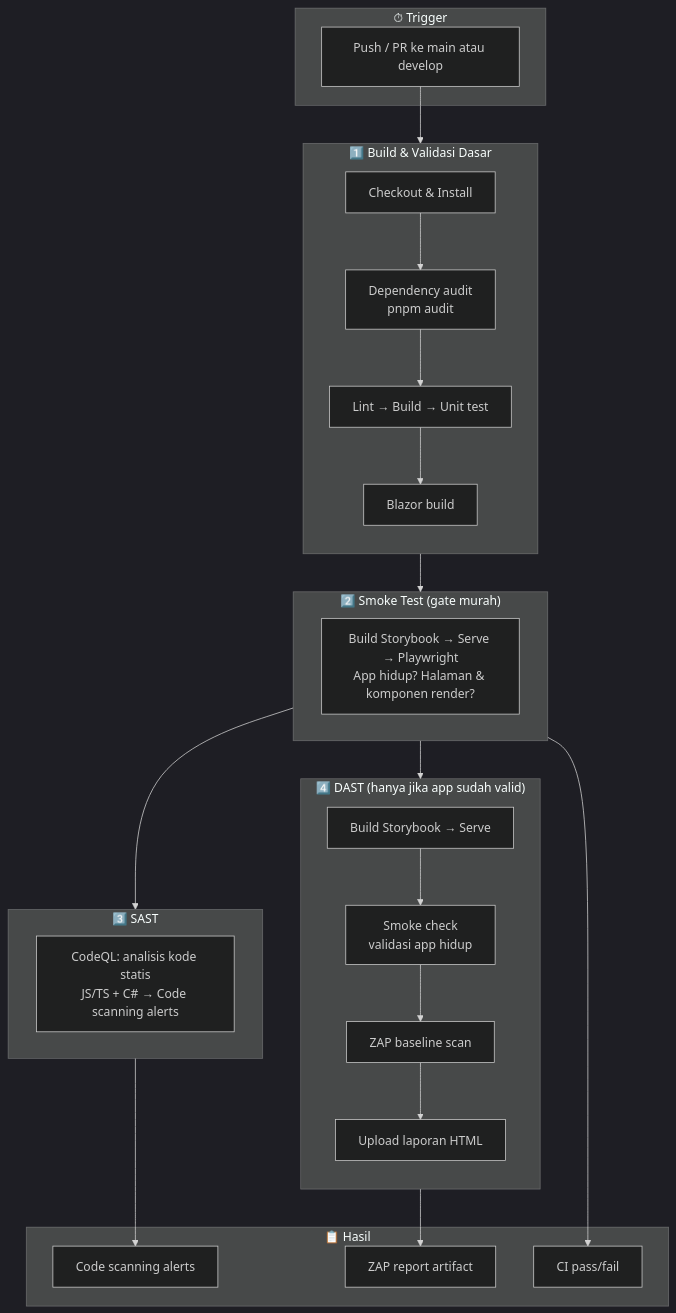
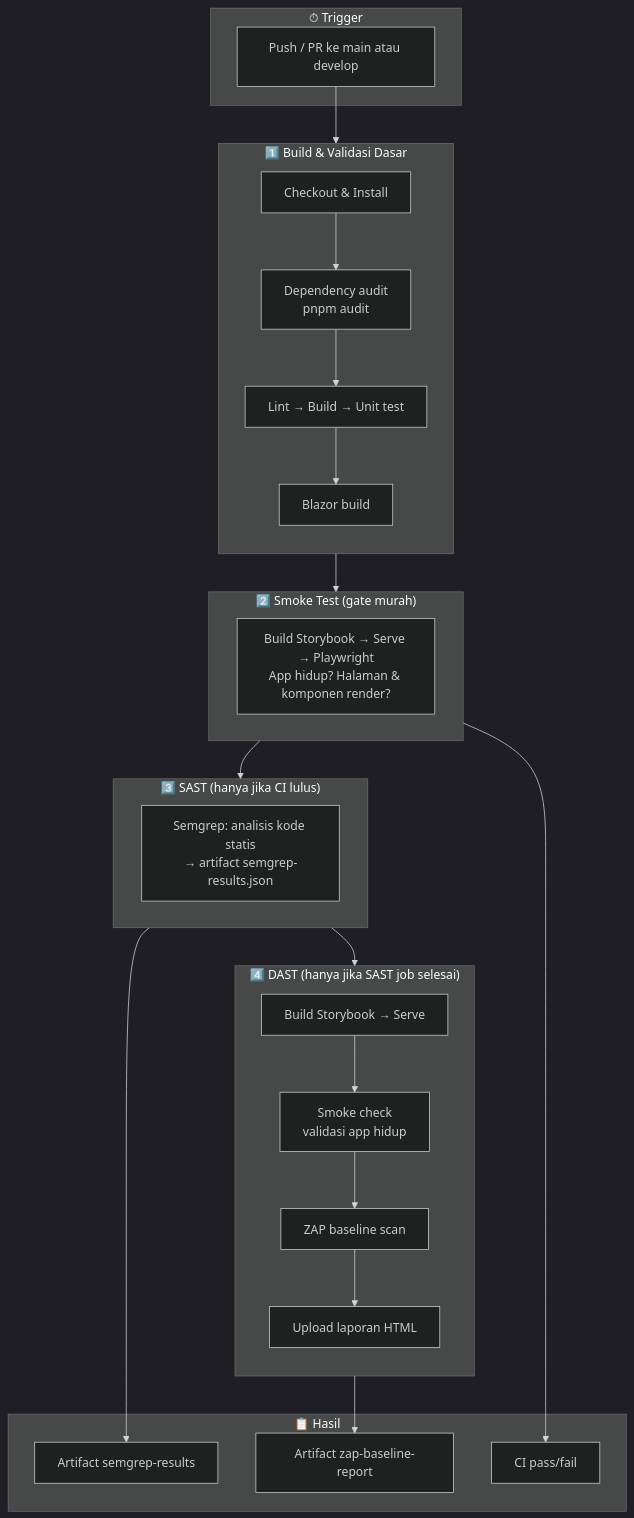
Before and after one commit to prakasajudha/pacer-design-system: the diagram in docs/SAST_DAST_SMOKE_TEST_LANGKAH.md, drawn with Mermaid (dark theme). The commit also changed other lines of this file and 4 other files, not shown here.

````diff
--- a/docs/SAST_DAST_SMOKE_TEST_LANGKAH.md
+++ b/docs/SAST_DAST_SMOKE_TEST_LANGKAH.md
@@ -206,47 +200,47 @@
 ```mermaid
 flowchart TB
   subgraph trigger["⏱ Trigger"]
     T[Push / PR ke main atau develop]
   end
 
   subgraph phase1["1️⃣ Build & Validasi Dasar"]
     direction TB
     B1[Checkout & Install]
     B2[Dependency audit<br/>pnpm audit]
     B3[Lint → Build → Unit test]
     B4[Blazor build]
     B1 --> B2 --> B3 --> B4
   end
 
   subgraph phase2["2️⃣ Smoke Test (gate murah)"]
     SM[Build Storybook → Serve → Playwright<br/>App hidup? Halaman & komponen render?]
   end
 
-  subgraph phase3["3️⃣ SAST"]
-    SAST[CodeQL: analisis kode statis<br/>JS/TS + C# → Code scanning alerts]
+  subgraph phase3["3️⃣ SAST (hanya jika CI lulus)"]
+    SAST[Semgrep: analisis kode statis<br/>→ artifact semgrep-results.json]
   end
 
-  subgraph phase4["4️⃣ DAST (hanya jika app sudah valid)"]
+  subgraph phase4["4️⃣ DAST (hanya jika SAST job selesai)"]
     direction TB
     D1[Build Storybook → Serve]
     D2[Smoke check<br/>validasi app hidup]
     D3[ZAP baseline scan]
     D4[Upload laporan HTML]
     D1 --> D2 --> D3 --> D4
   end
 
   T --> phase1
   phase1 --> phase2
   phase2 --> phase3
-  phase2 --> phase4
+  phase3 --> phase4
 
   subgraph hasil["📋 Hasil"]
-    H1[Code scanning alerts]
-    H2[ZAP report artifact]
+    H1[Artifact semgrep-results]
+    H2[Artifact zap-baseline-report]
     H3[CI pass/fail]
   end
 
   phase3 --> H1
   phase4 --> H2
   phase2 --> H3
 ```
````
